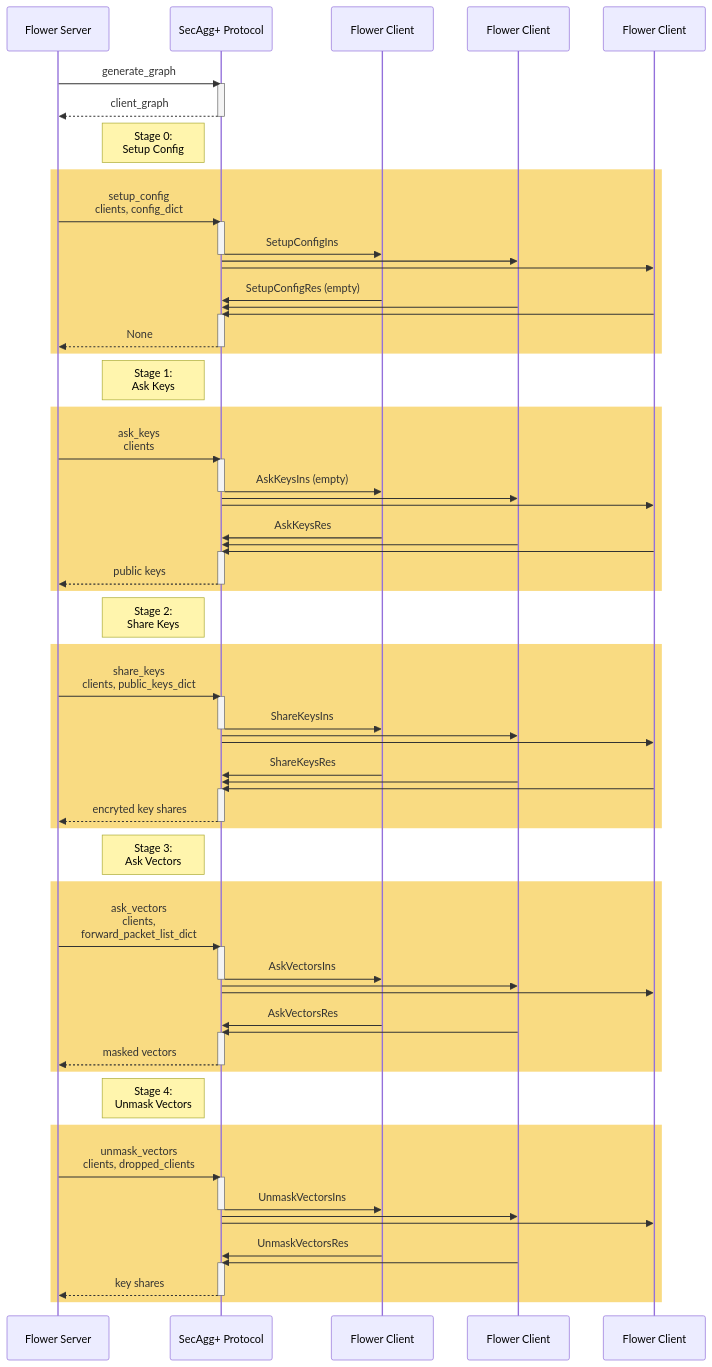
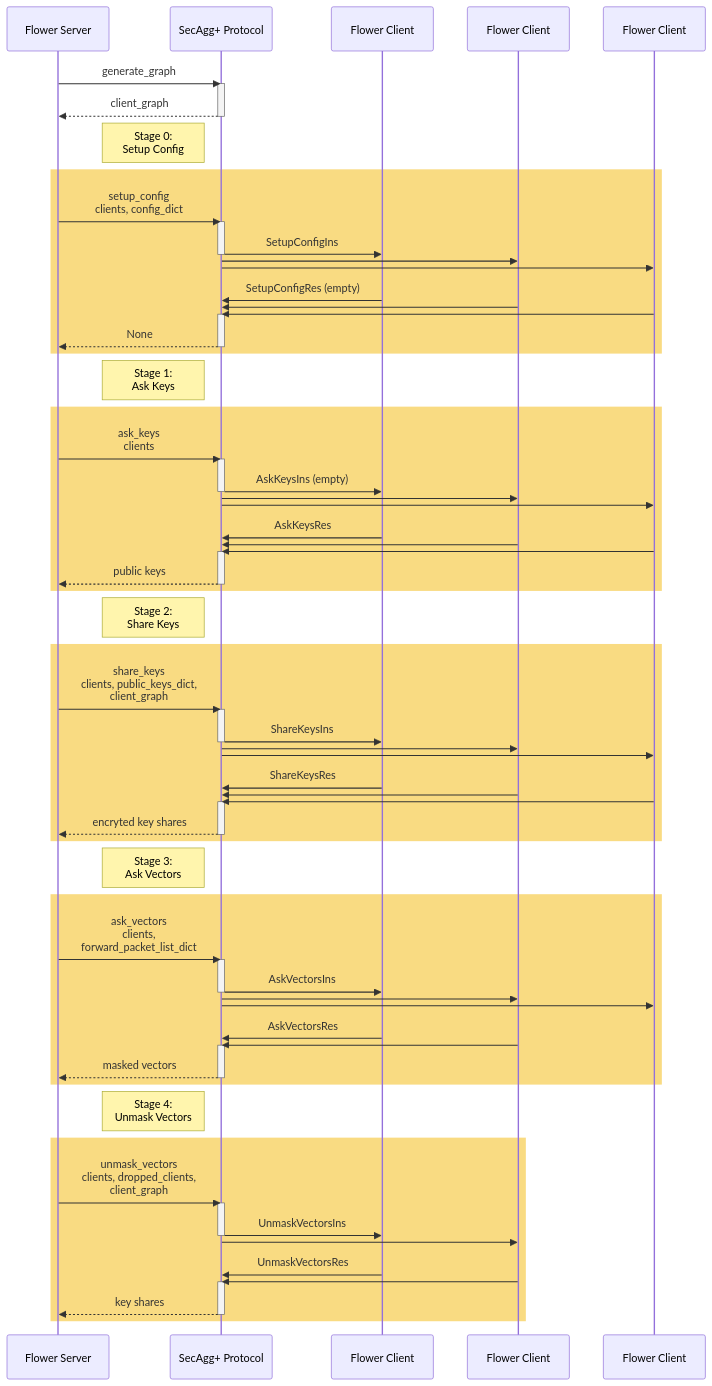
One commit to adap/flower changed the diagram in secaggplus.rst. Above: the diagram before and after it, drawn with Mermaid. The commit also changed other lines of this file, not shown here.

```diff
--- a/secaggplus.rst
+++ b/secaggplus.rst
@@ -69,90 +69,89 @@
 .. mermaid::
-    sequenceDiagram
-        participant S as Flower Server
-        participant P as SecAgg+ Protocol
-        participant C1 as Flower Client
-        participant C2 as Flower Client
-        participant C3 as Flower Client
+  sequenceDiagram
+      participant S as Flower Server
+      participant P as SecAgg+ Protocol
+      participant C1 as Flower Client
+      participant C2 as Flower Client
+      participant C3 as Flower Client
 
-        S->>P: generate_graph
-        activate P
-        P-->>S: client_graph
-        deactivate P
+      S->>P: generate_graph
+      activate P
+      P-->>S: client_graph
+      deactivate P
 
-        Note left of P: Stage 0:<br/>Setup Config
-        rect rgb(249, 219, 130)
-        S->>P: setup_config<br/>clients, config_dict
-        activate P
-        P->>C1: SetupConfigIns
-        deactivate P
-        P->>C2:
-        P->>C3:
-        C1->>P: SetupConfigRes (empty)
-        C2->>P:
-        C3->>P:
-        activate P
-        P-->>S: None
-        deactivate P
-        end
+      Note left of P: Stage 0:<br/>Setup Config
+      rect rgb(249, 219, 130)
+      S->>P: setup_config<br/>clients, config_dict
+      activate P
+      P->>C1: SetupConfigIns
+      deactivate P
+      P->>C2:
+      P->>C3:
+      C1->>P: SetupConfigRes (empty)
+      C2->>P:
+      C3->>P:
+      activate P
+      P-->>S: None
+      deactivate P
+      end
 
-        Note left of P: Stage 1:<br/>Ask Keys
-        rect rgb(249, 219, 130)
-        S->>P: ask_keys<br/>clients
-        activate P
-        P->>C1: AskKeysIns (empty)
-        deactivate P
-        P->>C2:
-        P->>C3:
-        C1->>P: AskKeysRes
-        C2->>P:
-        C3->>P:
-        activate P
-        P-->>S: public keys
-        deactivate P
-        end
+      Note left of P: Stage 1:<br/>Ask Keys
+      rect rgb(249, 219, 130)
+      S->>P: ask_keys<br/>clients
+      activate P
+      P->>C1: AskKeysIns (empty)
+      deactivate P
+      P->>C2:
+      P->>C3:
+      C1->>P: AskKeysRes
+      C2->>P:
+      C3->>P:
+      activate P
+      P-->>S: public keys
+      deactivate P
+      end
 
-        Note left of P: Stage 2:<br/>Share Keys
-        rect rgb(249, 219, 130)
-        S->>P: share_keys<br/>clients, public_keys_dict
-        activate P
-        P->>C1: ShareKeysIns
-        deactivate P
-        P->>C2:
-        P->>C3:
-        C1->>P: ShareKeysRes
-        C2->>P:
-        C3->>P:
-        activate P
-        P-->>S: encryted key shares
-        deactivate P
-        end
+      Note left of P: Stage 2:<br/>Share Keys
+      rect rgb(249, 219, 130)
+      S->>P: share_keys<br/>clients, public_keys_dict,<br/>client_graph
+      activate P
+      P->>C1: ShareKeysIns
+      deactivate P
+      P->>C2: 
+      P->>C3:
+      C1->>P: ShareKeysRes
+      C2->>P:
+      C3->>P:
+      activate P
+      P-->>S: encryted key shares
+      deactivate P
+      end
 
-        Note left of P: Stage 3:<br/>Ask Vectors
-        rect rgb(249, 219, 130)
-        S->>P: ask_vectors<br/>clients,<br/>forward_packet_list_dict
-        activate P
-        P->>C1: AskVectorsIns
-        deactivate P
-        P->>C2:
-        P->>C3:
-        C1->>P: AskVectorsRes
-        C2->>P:
-        activate P
-        P-->>S: masked vectors
-        deactivate P
-        end
+      Note left of P: Stage 3:<br/>Ask Vectors
+      rect rgb(249, 219, 130)
+      S->>P: ask_vectors<br/>clients,<br/>forward_packet_list_dict
+      activate P
+      P->>C1: AskVectorsIns
+      deactivate P
+      P->>C2:
+      P->>C3:
+      C1->>P: AskVectorsRes
+      C2->>P:
+      activate P
+      P-->>S: masked vectors
+      deactivate P
+      end
 
-        Note left of P: Stage 4:<br/>Unmask Vectors
-        rect rgb(249, 219, 130)
-        S->>P: unmask_vectors<br/>clients, dropped_clients
-        activate P
-        P->>C1: UnmaskVectorsIns
-        deactivate P
-        P->>C2:
-        P->>C3:
-        C1->>P: UnmaskVectorsRes
-        C2->>P:
-        activate P
-        P-->>S: key shares
-        deactivate P
-        end
+      Note left of P: Stage 4:<br/>Unmask Vectors
+      rect rgb(249, 219, 130)
+      S->>P: unmask_vectors<br/>clients, dropped_clients,<br/>client_graph
+      activate P
+      P->>C1: UnmaskVectorsIns
+      deactivate P
+      P->>C2:
+      C1->>P: UnmaskVectorsRes
+      C2->>P:
+      activate P
+      P-->>S: key shares
+      deactivate P
+      end
```
